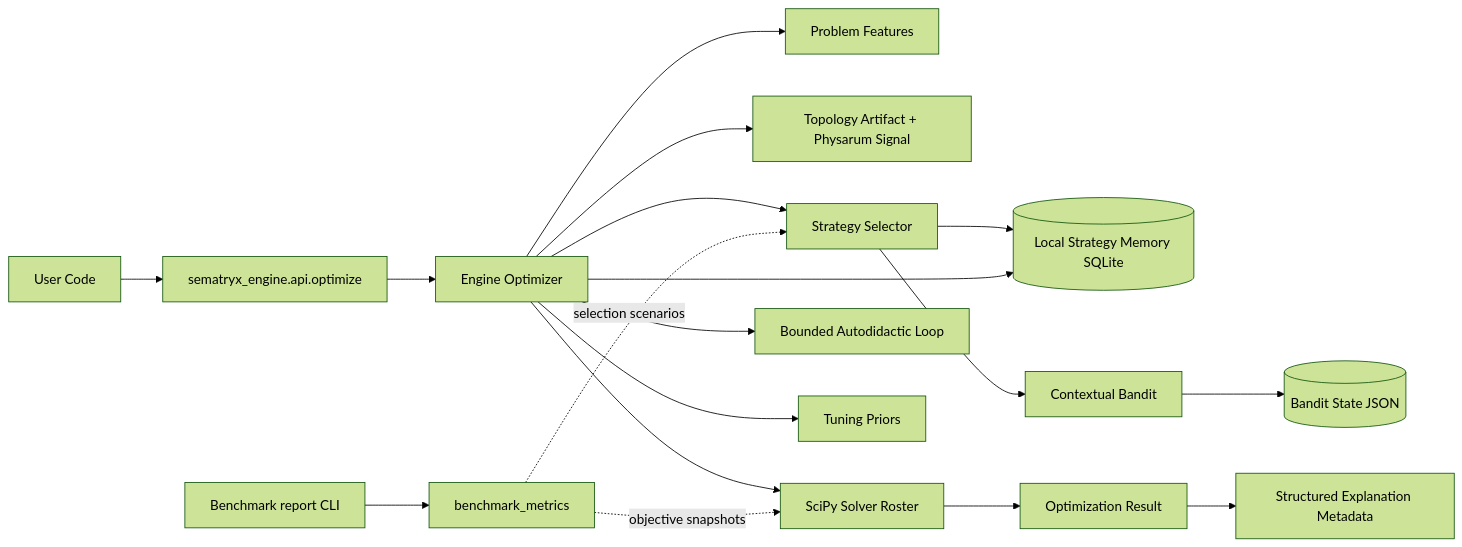
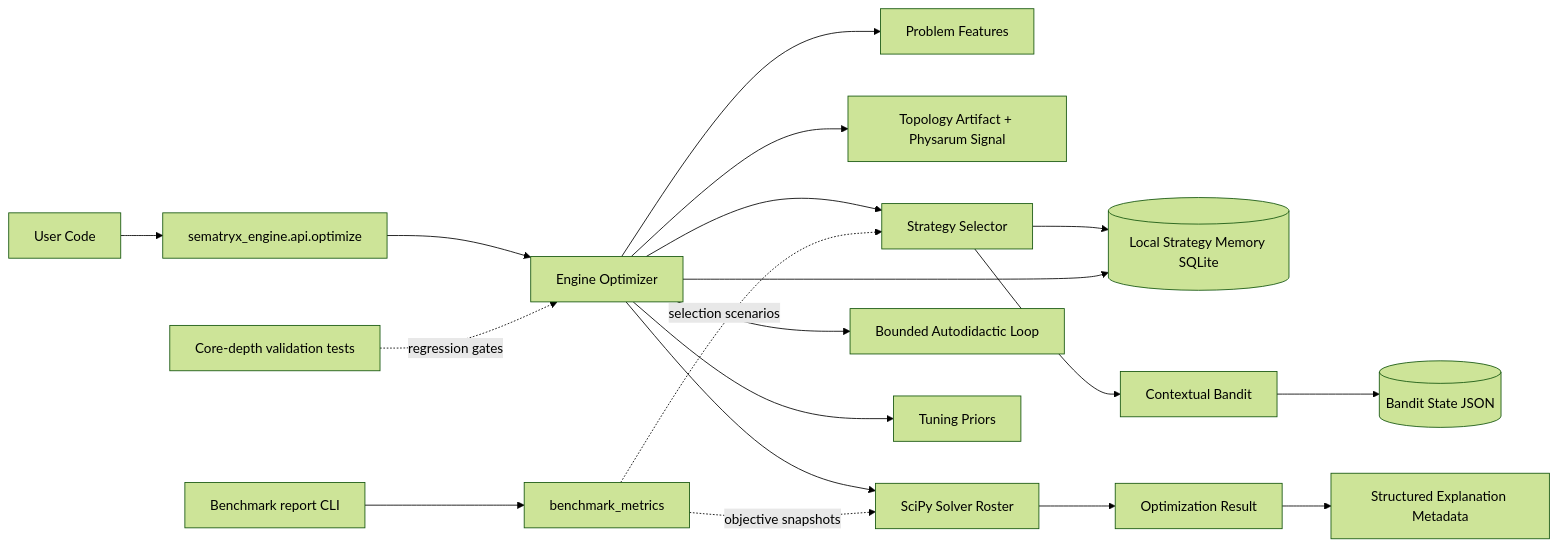
The diagram in docs/architecture/SYSTEM_OVERVIEW.md (sematryx/sematryx-engine), drawn with Mermaid (forest theme) before and after one commit. The commit also changed other lines of this file and 9 other files, not shown here.

First line of the commit message:
Add core-depth parity regression validation gates. (#16)

````diff
--- a/docs/architecture/SYSTEM_OVERVIEW.md
+++ b/docs/architecture/SYSTEM_OVERVIEW.md
@@ -3,20 +3,21 @@
 ```mermaid
 flowchart LR
     U[User Code] --> API[sematryx_engine.api.optimize]
     API --> OPT[Engine Optimizer]
     OPT --> FEAT[Problem Features]
     OPT --> TOPO[Topology Artifact + Physarum Signal]
     OPT --> SEL[Strategy Selector]
     SEL --> MEM[(Local Strategy Memory SQLite)]
     SEL --> BANDIT[Contextual Bandit]
     BANDIT --> BANDIT_STATE[(Bandit State JSON)]
     OPT --> SOLV[SciPy Solver Roster]
     OPT --> LOOP[Bounded Autodidactic Loop]
     OPT --> PRI[Tuning Priors]
     SOLV --> RES[Optimization Result]
     OPT --> MEM
     RES --> EXP[Structured Explanation Metadata]
     GEN[Benchmark report CLI] --> BMET[benchmark_metrics]
     BMET -. selection scenarios .-> SEL
     BMET -. objective snapshots .-> SOLV
+    VAL[Core-depth validation tests] -. regression gates .-> OPT
 ```
````
